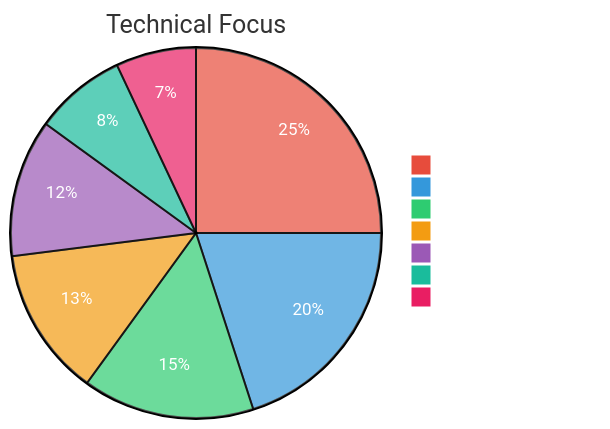
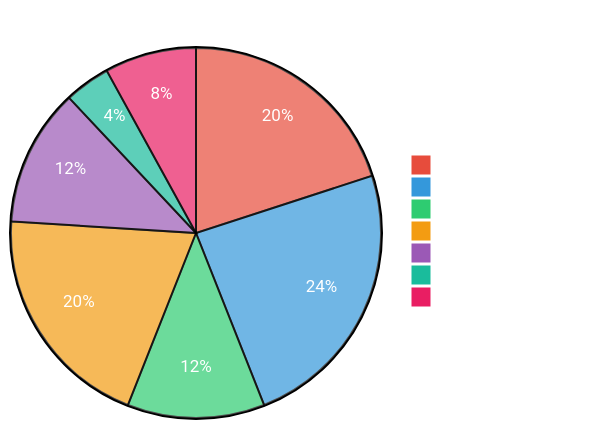
Before and after one commit to johnzfitch/johnzfitch: the diagram in README.md, drawn with Mermaid.

Commit message:
Update pie chart: white title text, percentages reflect 25 projects

````diff
--- a/README.md
+++ b/README.md
@@ -31,12 +31,12 @@
 ```mermaid
-%%{init: {'theme':'base', 'themeVariables': {'pie1': '#e74c3c', 'pie2': '#3498db', 'pie3': '#2ecc71', 'pie4': '#f39c12', 'pie5': '#9b59b6', 'pie6': '#1abc9c', 'pie7': '#e91e63', 'pieSectionTextColor': '#ffffff', 'pieLegendTextColor': '#ffffff'}}}%%
+%%{init: {'theme':'base', 'themeVariables': {'pie1': '#e74c3c', 'pie2': '#3498db', 'pie3': '#2ecc71', 'pie4': '#f39c12', 'pie5': '#9b59b6', 'pie6': '#1abc9c', 'pie7': '#e91e63', 'pieSectionTextColor': '#ffffff', 'pieLegendTextColor': '#ffffff', 'pieTitleTextColor': '#ffffff'}}}%%
 pie showData
     title Technical Focus
-    "Systems (Rust/C)" : 25
-    "Security" : 20
-    "Web (TS/React)" : 15
-    "Linux/DevOps" : 13
-    "NLP/ML" : 12
-    "Math" : 8
-    "Privacy" : 7
+    "Systems (Rust/C)" : 20
+    "Security" : 24
+    "Web (TS/React)" : 12
+    "Linux/DevOps" : 20
+    "AI/ML" : 12
+    "Math" : 4
+    "Privacy" : 8
 ```
````
